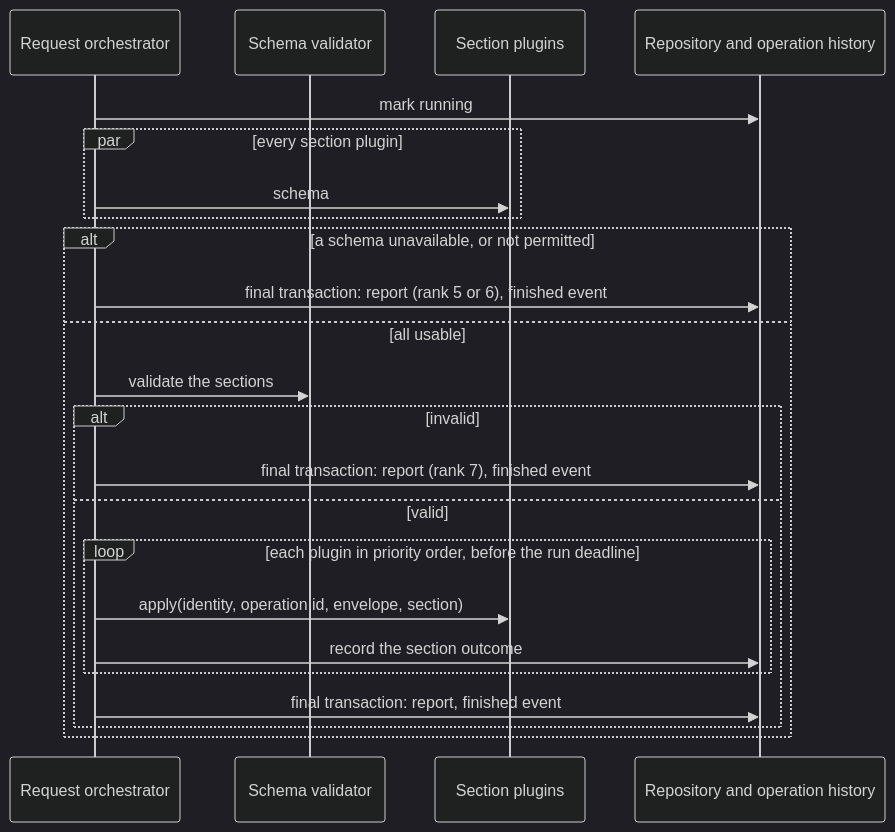
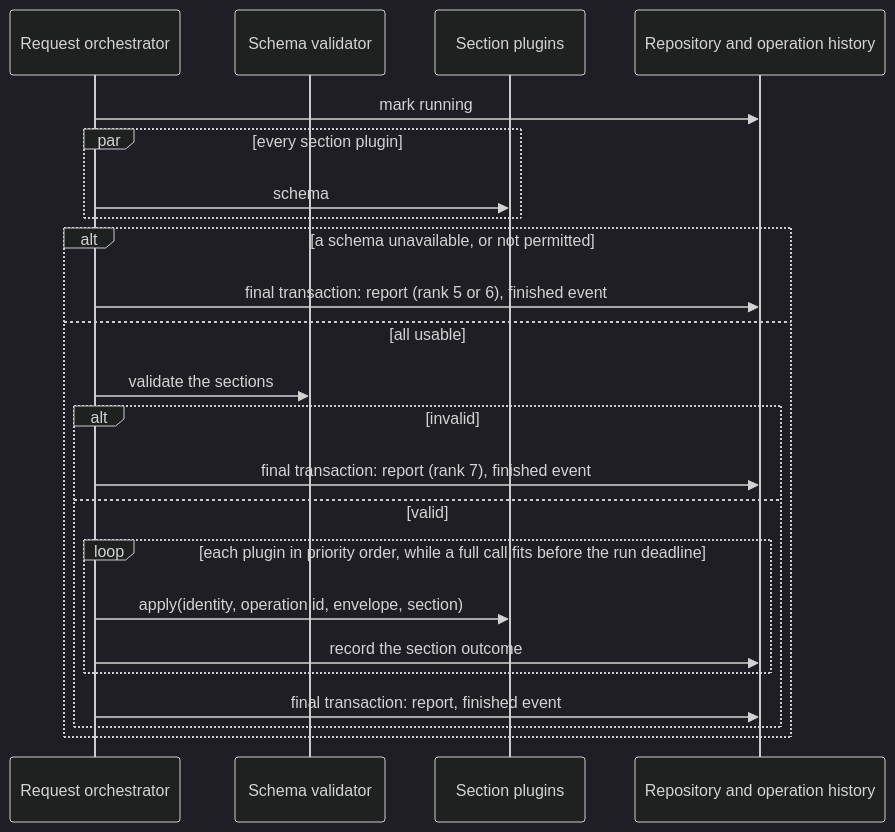
One commit to constructorfabric/gears-rust changed the fifth of 6 diagrams in gears/system/application-manager/docs/DESIGN.md. Above: the diagram before and after it, drawn with Mermaid (dark theme). The commit also changed other lines of this file and 5 other files, not shown here.

````diff
--- a/gears/system/application-manager/docs/DESIGN.md
+++ b/gears/system/application-manager/docs/DESIGN.md
@@ -622,25 +629,25 @@
 ```mermaid
 sequenceDiagram
     participant O as Request orchestrator
     participant V as Schema validator
     participant P as Section plugins
     participant R as Repository and operation history
     O ->> R: mark running
     par every section plugin
         O ->> P: schema
     end
     alt a schema unavailable, or not permitted
         O ->> R: final transaction: report (rank 5 or 6), finished event
     else all usable
         O ->> V: validate the sections
         alt invalid
             O ->> R: final transaction: report (rank 7), finished event
         else valid
-            loop each plugin in priority order, before the run deadline
+            loop each plugin in priority order, while a full call fits before the run deadline
                 O ->> P: apply(identity, operation id, envelope, section)
                 O ->> R: record the section outcome
             end
             O ->> R: final transaction: report, finished event
         end
     end
 ```
````
